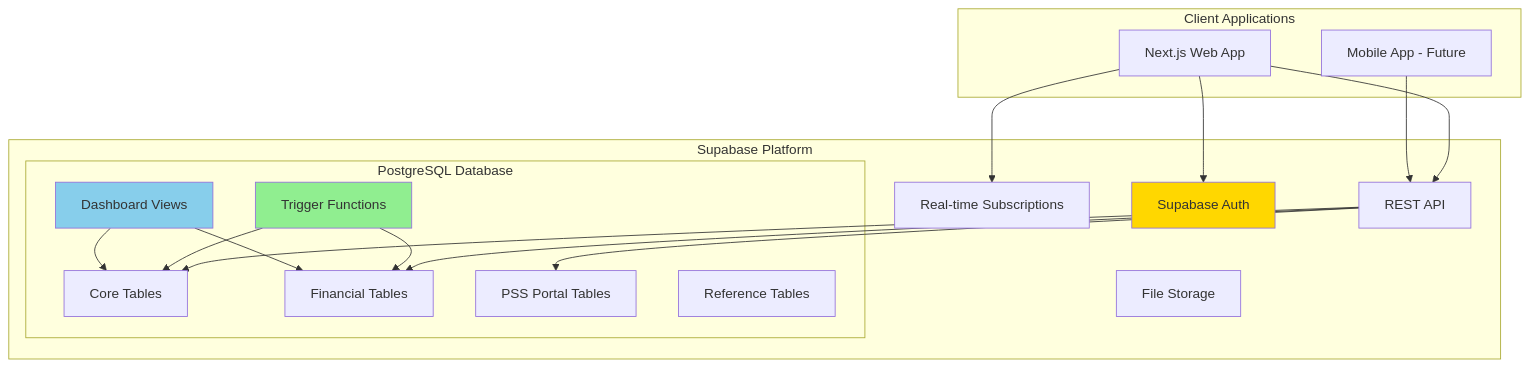
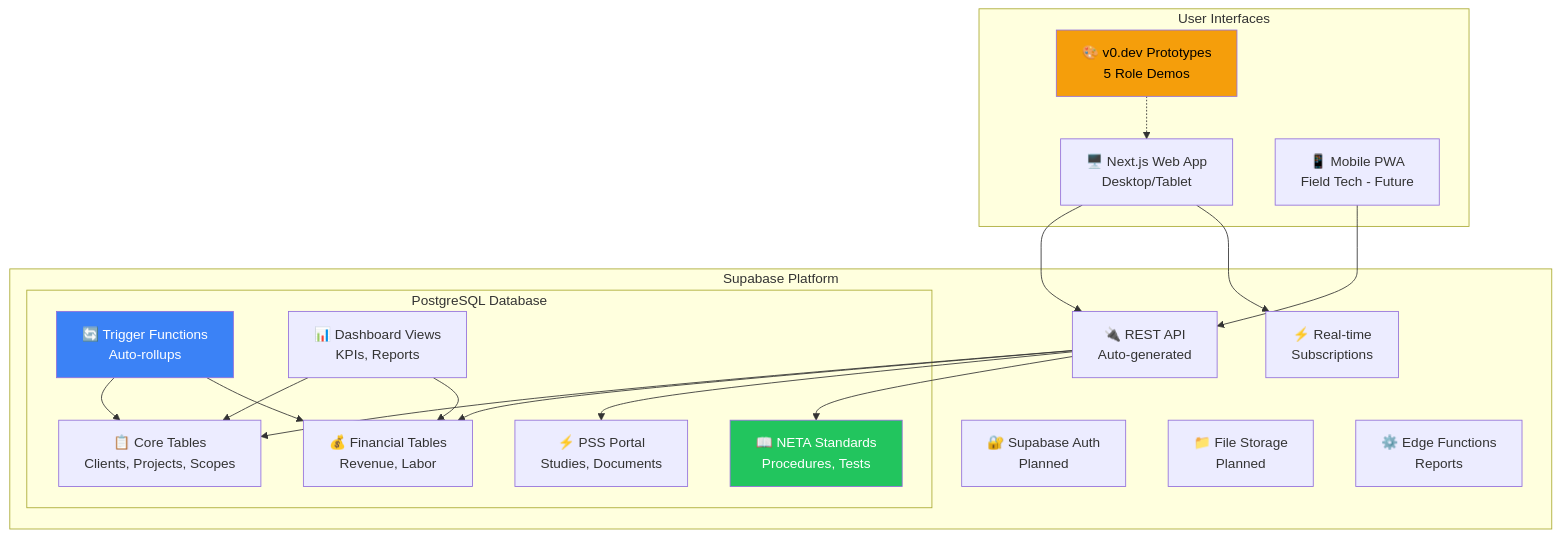
One commit to APEX-Power-Ops/apex-power-ops-platform changed the first of 5 diagrams in PROJECT_OVERVIEW.md. Above: the diagram before and after it, drawn with Mermaid. The commit also changed other lines of this file and 15 other files, not shown here.

````diff
--- a/PROJECT_OVERVIEW.md
+++ b/PROJECT_OVERVIEW.md
@@ -33,40 +32,43 @@
 ```mermaid
 graph TB
-    subgraph "Client Applications"
-        WEB[Next.js Web App]
-        MOBILE[Mobile App - Future]
+    subgraph "User Interfaces"
+        WEB[🖥️ Next.js Web App<br/>Desktop/Tablet]
+        MOBILE[📱 Mobile PWA<br/>Field Tech - Future]
+        V0[🎨 v0.dev Prototypes<br/>5 Role Demos]
     end
     
     subgraph "Supabase Platform"
-        API[REST API]
-        RT[Real-time Subscriptions]
-        AUTH[Supabase Auth]
-        STORAGE[File Storage]
+        API[🔌 REST API<br/>Auto-generated]
+        RT[⚡ Real-time<br/>Subscriptions]
+        AUTH[🔐 Supabase Auth<br/>Planned]
+        STORAGE[📁 File Storage<br/>Planned]
+        EDGE[⚙️ Edge Functions<br/>Reports]
         
         subgraph "PostgreSQL Database"
-            CORE[Core Tables]
-            FIN[Financial Tables]
-            PSS[PSS Portal Tables]
-            REF[Reference Tables]
-            TRIGGERS[Trigger Functions]
-            VIEWS[Dashboard Views]
+            CORE[📋 Core Tables<br/>Clients, Projects, Scopes]
+            FIN[💰 Financial Tables<br/>Revenue, Labor]
+            PSS[⚡ PSS Portal<br/>Studies, Documents]
+            NETA[📖 NETA Standards<br/>Procedures, Tests]
+            TRIGGERS[🔄 Trigger Functions<br/>Auto-rollups]
+            VIEWS[📊 Dashboard Views<br/>KPIs, Reports]
         end
     end
     
     WEB --> API
     WEB --> RT
-    WEB --> AUTH
     MOBILE --> API
+    V0 -.-> WEB
     
     API --> CORE
     API --> FIN
     API --> PSS
+    API --> NETA
     TRIGGERS --> CORE
     TRIGGERS --> FIN
     VIEWS --> CORE
     VIEWS --> FIN
     
-    style TRIGGERS fill:#90EE90
-    style VIEWS fill:#87CEEB
-    style AUTH fill:#FFD700
+    style NETA fill:#22c55e,color:#fff
+    style TRIGGERS fill:#3b82f6,color:#fff
+    style V0 fill:#f59e0b,color:#000
 ```
````
